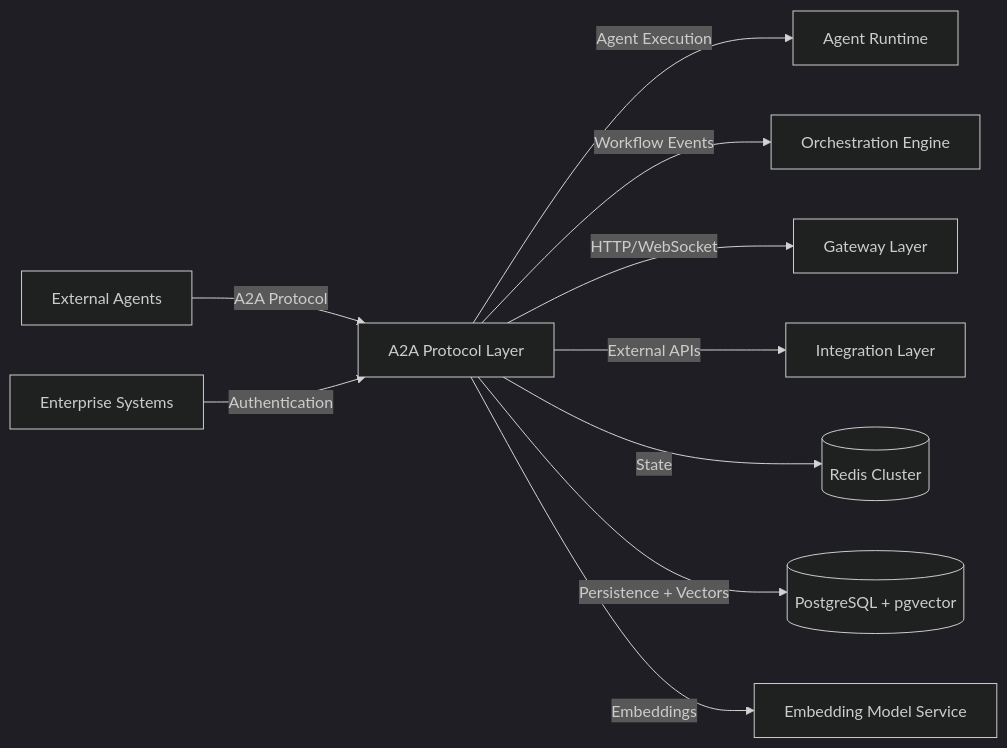
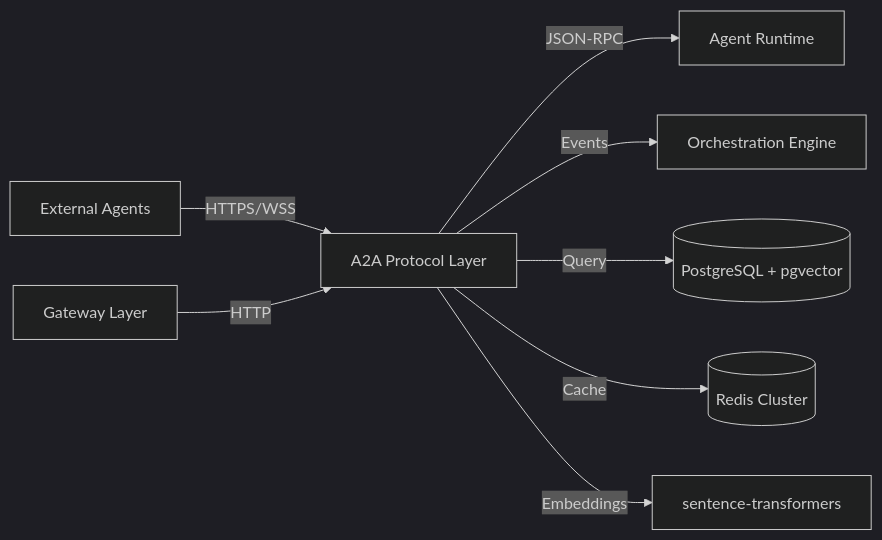
Before and after one commit to Mathews-Tom/AgentCore: the first of 2 diagrams in docs/breakdown/a2a-protocol.md, drawn with Mermaid (dark theme). The commit also changed other lines of this file and 3 other files, not shown here.

Commit message:
docs(a2a-protocol): expand session-aware architecture specs

````diff
--- a/docs/breakdown/a2a-protocol.md
+++ b/docs/breakdown/a2a-protocol.md
@@ -46,12 +47,10 @@
 ```mermaid
 graph LR
-    A[External Agents] -->|A2A Protocol| B[A2A Protocol Layer]
-    B -->|Agent Execution| C[Agent Runtime]
-    B -->|Workflow Events| D[Orchestration Engine]
-    B -->|HTTP/WebSocket| E[Gateway Layer]
-    B -->|External APIs| F[Integration Layer]
-    G[Enterprise Systems] -->|Authentication| B
-    B -->|State| H[(Redis Cluster)]
-    B -->|Persistence + Vectors| I[(PostgreSQL + pgvector)]
-    B -->|Embeddings| J[Embedding Model Service]
+    A[External Agents] -->|HTTPS/WSS| B[A2A Protocol Layer]
+    B -->|JSON-RPC| C[Agent Runtime]
+    B -->|Events| D[Orchestration Engine]
+    E[Gateway Layer] -->|HTTP| B
+    B -->|Query| F[(PostgreSQL + pgvector)]
+    B -->|Cache| G[(Redis Cluster)]
+    B -->|Embeddings| H[sentence-transformers]
 ```
````
